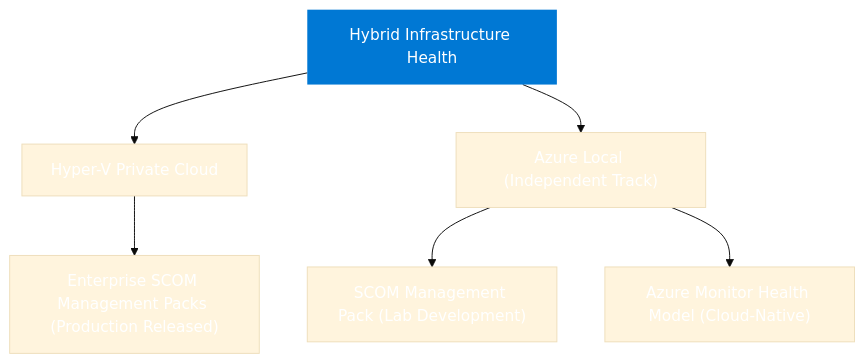
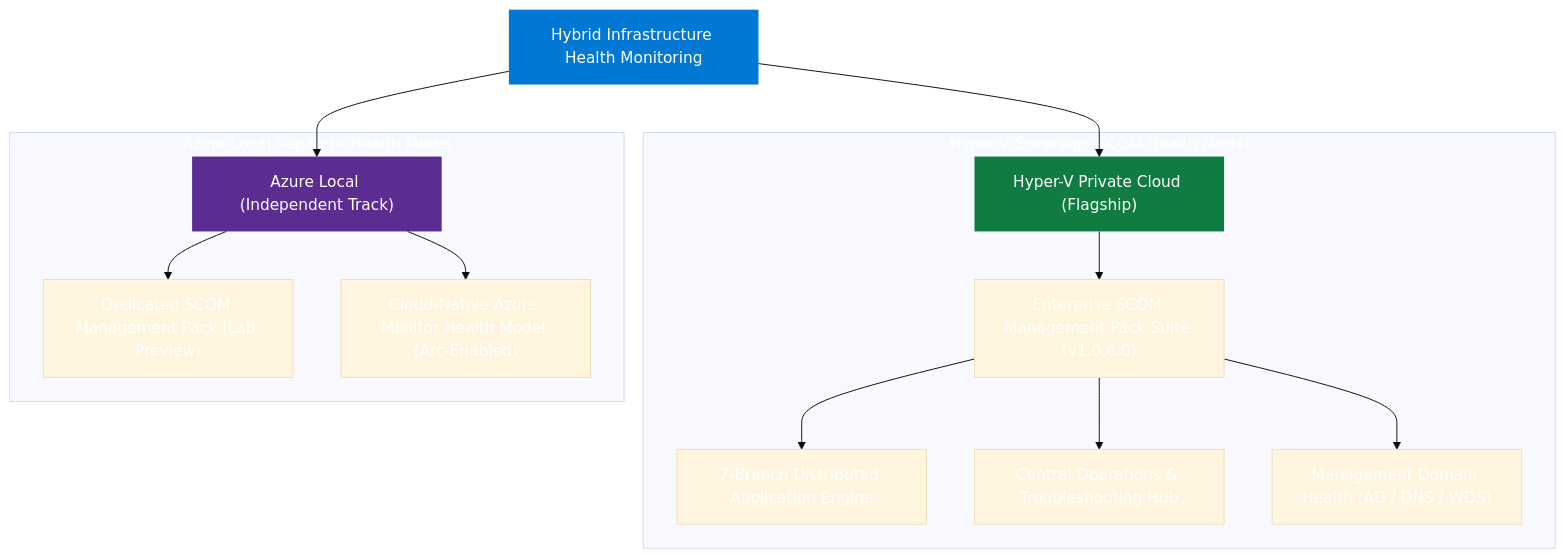
Before and after one commit to Hybrid-Solutions-Cloud/hybrid-health-monitoring: the diagram in docs/index.md, drawn with Mermaid (base theme). The commit also changed other lines of this file and 9 other files, not shown here.

Commit message:
docs(hyper-v): update architecture docs, separate health models, and clean navigation AB#7319

````diff
--- a/docs/index.md
+++ b/docs/index.md
@@ -48,11 +54,22 @@
 ```mermaid
 graph TD
-    Root["Hybrid Infrastructure Health"]:::root
-    Root --> HV["Hyper-V Private Cloud"]
-    Root --> AzL["Azure Local (Independent Track)"]
-    HV --> HVS["Enterprise SCOM Management Packs (Production Released)"]
-    AzL --> AzLS["SCOM Management Pack (Lab Development)"]
-    AzL --> AzLA["Azure Monitor Health Model (Cloud-Native)"]
+    Root["Hybrid Infrastructure Health Monitoring"]:::root
+    Root --> HV["Hyper-V Private Cloud (Flagship)"]:::flagship
+    Root --> AzL["Azure Local (Independent Track)"]:::independent
+
+    subgraph HVTrack["Hyper-V Sovereign SCOM Health Model"]
+        HV --> HVS["Enterprise SCOM Management Pack Suite (v1.0.6.0)"]
+        HVS --> HVDA["7-Branch Distributed Application Engine"]
+        HVS --> HVOps["Central Operations & Troubleshooting Hub"]
+        HVS --> HVMgmt["Management Domain Health (AD / DNS / WDS)"]
+    end
+
+    subgraph AzLTrack["Azure Local Separate Health Model"]
+        AzL --> AzLS["Dedicated SCOM Management Pack (Lab Preview)"]
+        AzL --> AzLA["Cloud-Native Azure Monitor Health Model (Arc-Enabled)"]
+    end
 
     classDef root fill:#0078D4,color:#fff,stroke:none
+    classDef flagship fill:#107c41,color:#fff,stroke:none
+    classDef independent fill:#5c2d91,color:#fff,stroke:none
 ```
````
